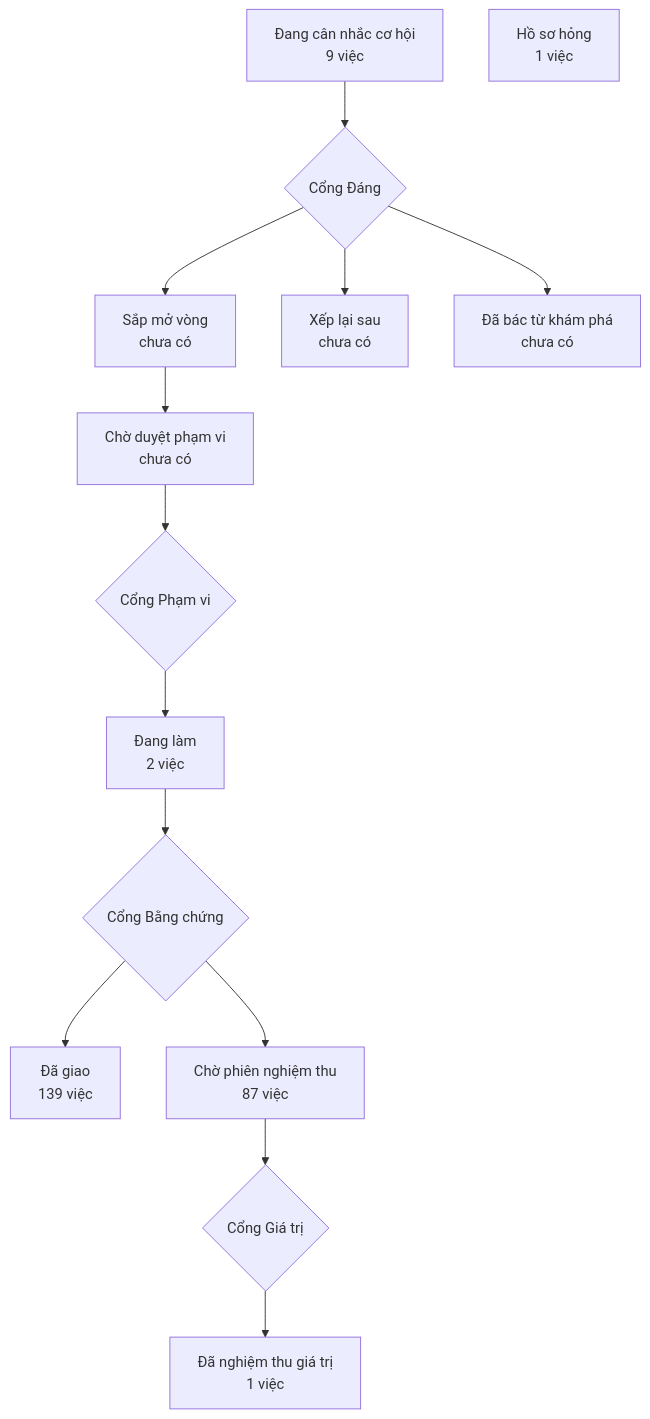
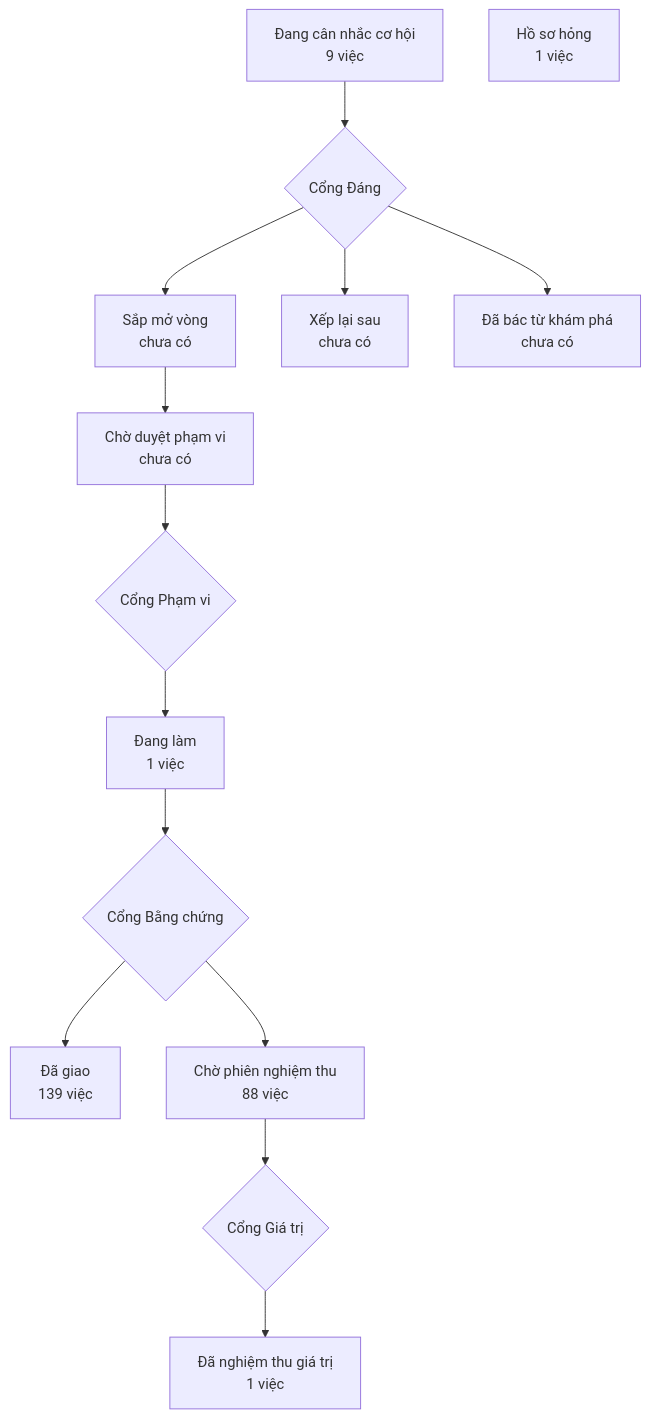
Before and after one commit to phanlemanh/crm-onehub: the diagram in PRODUCT-MAP.md, drawn with Mermaid. The commit also changed 3 other files, not shown here.

````diff
--- a/PRODUCT-MAP.md
+++ b/PRODUCT-MAP.md
@@ -7,13 +7,13 @@
 ```mermaid
 flowchart TD
   A["Đang cân nhắc cơ hội<br/>9 việc"] --> GD{"Cổng Đáng"}
   GD --> B["Sắp mở vòng<br/>chưa có"]
   GD --> XL["Xếp lại sau<br/>chưa có"]
   GD --> DB["Đã bác từ khám phá<br/>chưa có"]
   B --> CD["Chờ duyệt phạm vi<br/>chưa có"] --> GP{"Cổng Phạm vi"}
-  GP --> DL["Đang làm<br/>2 việc"] --> GB{"Cổng Bằng chứng"}
+  GP --> DL["Đang làm<br/>1 việc"] --> GB{"Cổng Bằng chứng"}
   GB --> DG["Đã giao<br/>139 việc"]
-  GB --> CN["Chờ phiên nghiệm thu<br/>87 việc"] --> GG{"Cổng Giá trị"}
+  GB --> CN["Chờ phiên nghiệm thu<br/>88 việc"] --> GG{"Cổng Giá trị"}
   GG --> NT["Đã nghiệm thu giá trị<br/>1 việc"]
   HS["Hồ sơ hỏng<br/>1 việc"]
 ```
````
